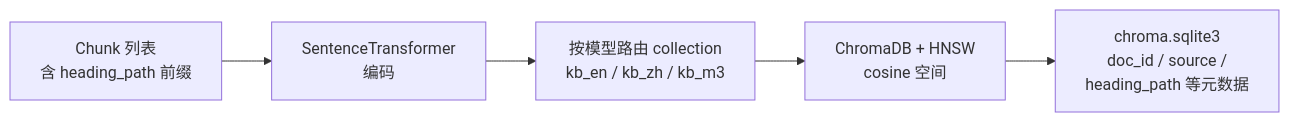
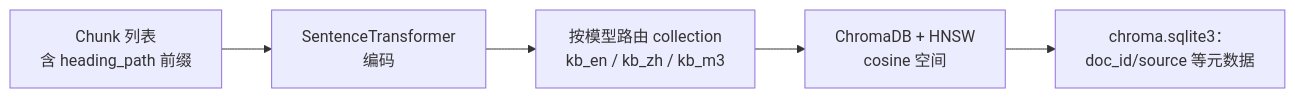
Before and after one commit to michaelwangzhenan/AgentA: the sixth of 27 diagrams in docs/design.md, drawn with Mermaid. The commit also changed other lines of this file and 13 other files, not shown here.

````diff
--- a/docs/design.md
+++ b/docs/design.md
@@ -180,7 +162,7 @@
 ```mermaid
 flowchart LR
     CK["Chunk 列表<br/>含 heading_path 前缀"] --> EM["SentenceTransformer<br/>编码"]
     EM --> RT["按模型路由 collection<br/>kb_en / kb_zh / kb_m3"]
     RT --> HDB["ChromaDB + HNSW<br/>cosine 空间"]
-    HDB --> MD["chroma.sqlite3<br/>doc_id / source / <br/>heading_path 等元数据"]
+    HDB --> MD["chroma.sqlite3：<br/>doc_id/source 等元数据"]
 ```
````
